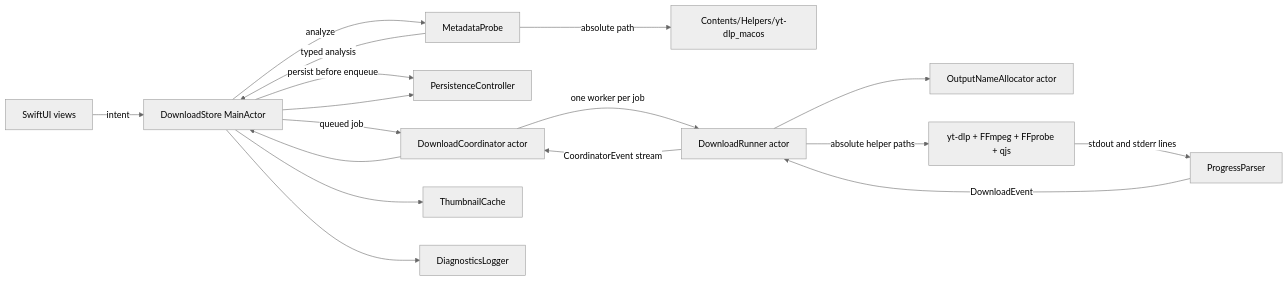
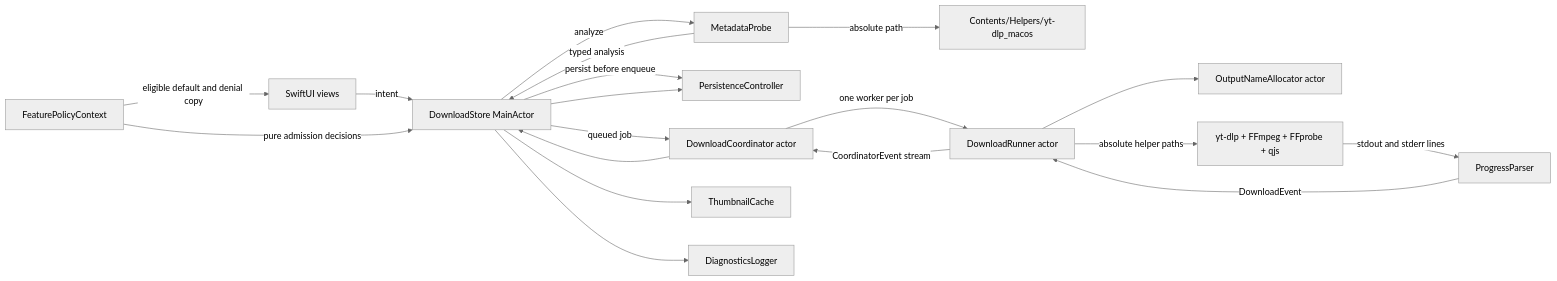
Before and after one commit to catstayathome-collab/YT-Downloader-Pro: the first of 2 diagrams in docs/swift-2.0/ARCHITECTURE.md, drawn with Mermaid (neutral theme). The commit also changed other lines of this file and 9 other files, not shown here.

Commit message:
docs(swift): integrate local feature policy workflow

````diff
--- a/docs/swift-2.0/ARCHITECTURE.md
+++ b/docs/swift-2.0/ARCHITECTURE.md
@@ -65,19 +80,21 @@
 ```mermaid
 flowchart LR
     View["SwiftUI views"] -->|intent| Store["DownloadStore MainActor"]
+    Policy["FeaturePolicyContext"] -->|pure admission decisions| Store
+    Policy -->|eligible default and denial copy| View
     Store -->|analyze| Probe["MetadataProbe"]
     Probe -->|absolute path| YTDLP["Contents/Helpers/yt-dlp_macos"]
     Probe -->|typed analysis| Store
     Store -->|persist before enqueue| Persistence["PersistenceController"]
     Store -->|queued job| Coordinator["DownloadCoordinator actor"]
     Coordinator -->|one worker per job| Runner["DownloadRunner actor"]
     Runner --> Allocator["OutputNameAllocator actor"]
     Runner -->|absolute helper paths| Helpers["yt-dlp + FFmpeg + FFprobe + qjs"]
     Helpers -->|stdout and stderr lines| Parser["ProgressParser"]
     Parser -->|DownloadEvent| Runner
     Runner -->|CoordinatorEvent stream| Coordinator
     Coordinator --> Store
     Store --> Persistence
     Store --> Thumbnails["ThumbnailCache"]
     Store --> Diagnostics["DiagnosticsLogger"]
 ```
````
